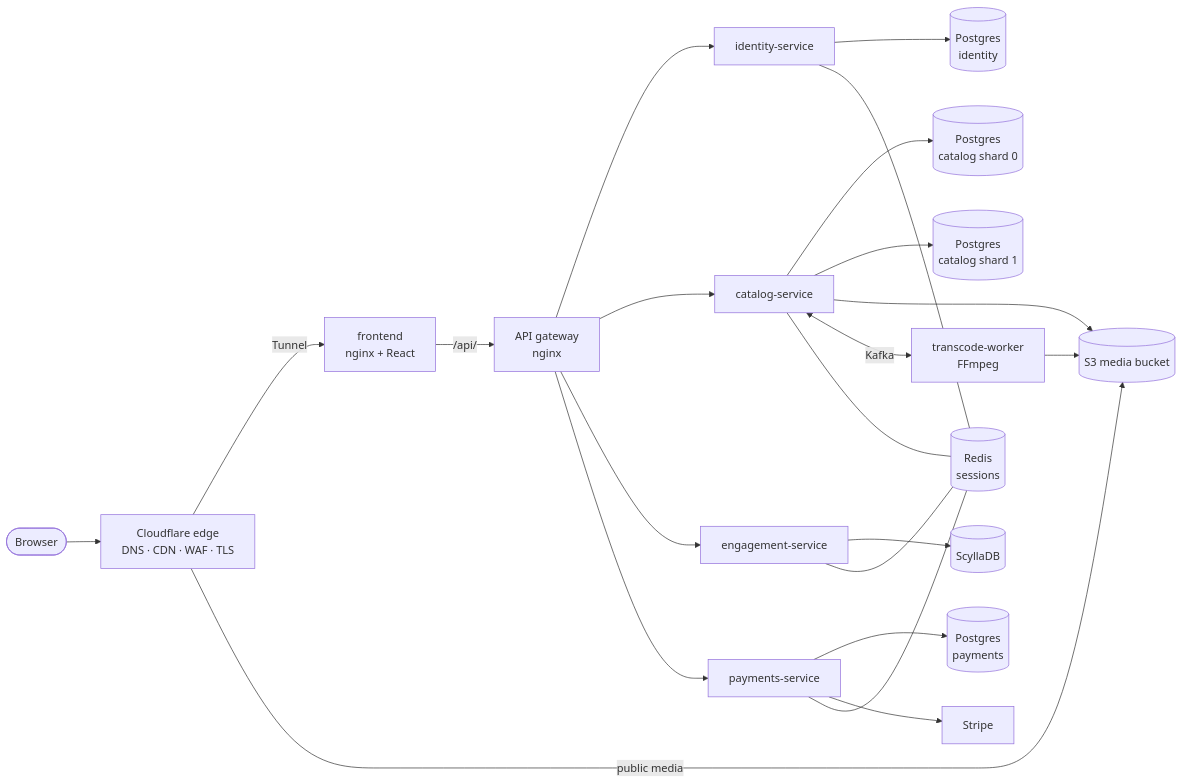
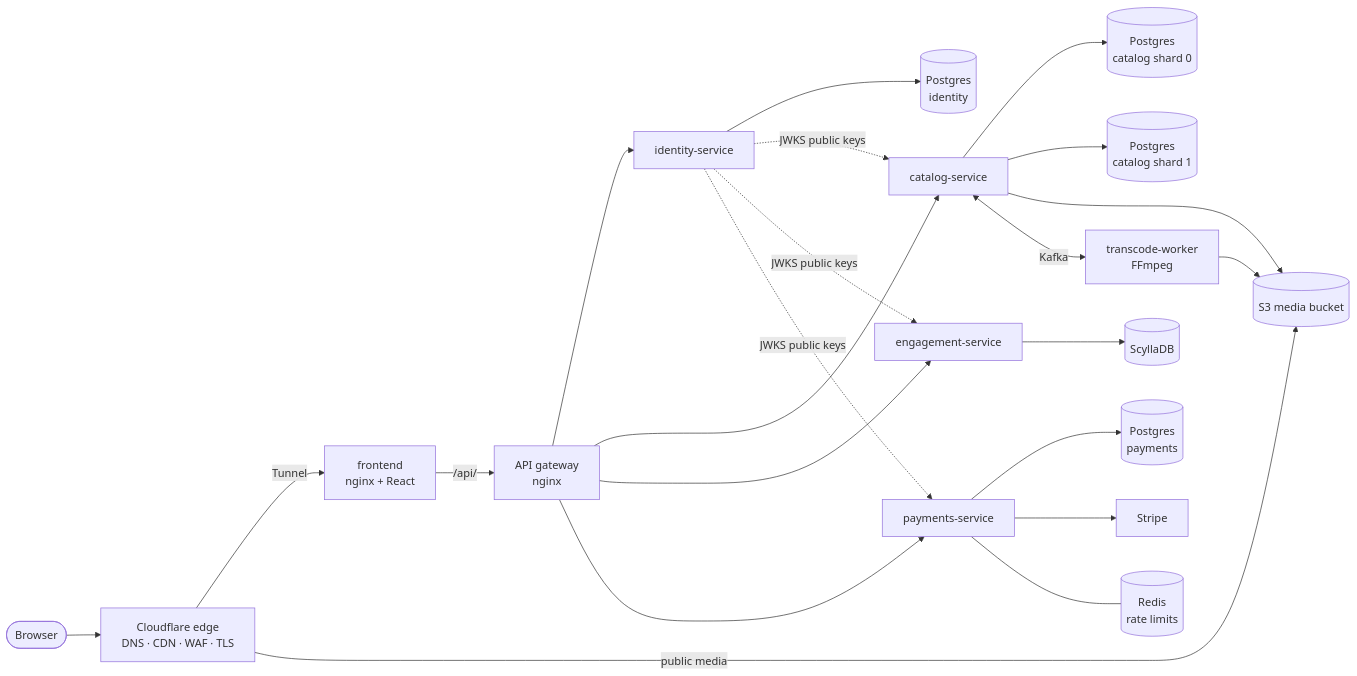
Before and after one commit to PawanITC/ITube: the diagram in docs/MICROSERVICES.md, drawn with Mermaid. The commit also changed other lines of this file and 81 other files, not shown here.

````diff
--- a/docs/MICROSERVICES.md
+++ b/docs/MICROSERVICES.md
@@ -17,21 +17,22 @@
 ```mermaid
 flowchart LR
     browser([Browser]) --> cf[Cloudflare edge<br/>DNS · CDN · WAF · TLS]
     cf -- Tunnel --> fe[frontend<br/>nginx + React]
     cf -- public media --> s3[(S3 media bucket)]
     fe -- /api/ --> gw[API gateway<br/>nginx]
     gw --> id[identity-service]
     gw --> cat[catalog-service]
     gw --> eng[engagement-service]
     gw --> pay[payments-service]
     id --> pgI[(Postgres<br/>identity)]
     cat --> pg0[(Postgres<br/>catalog shard 0)]
     cat --> pg1[(Postgres<br/>catalog shard 1)]
     cat --> s3
     eng --> scy[(ScyllaDB)]
     pay --> pgP[(Postgres<br/>payments)]
     pay --> stripe[Stripe]
     cat <-- Kafka --> tw[transcode-worker<br/>FFmpeg]
     tw --> s3
-    id & cat & eng & pay --- redis[(Redis<br/>sessions)]
+    pay --- redis[(Redis<br/>rate limits)]
+    id -. JWKS public keys .-> cat & eng & pay
 ```
````
